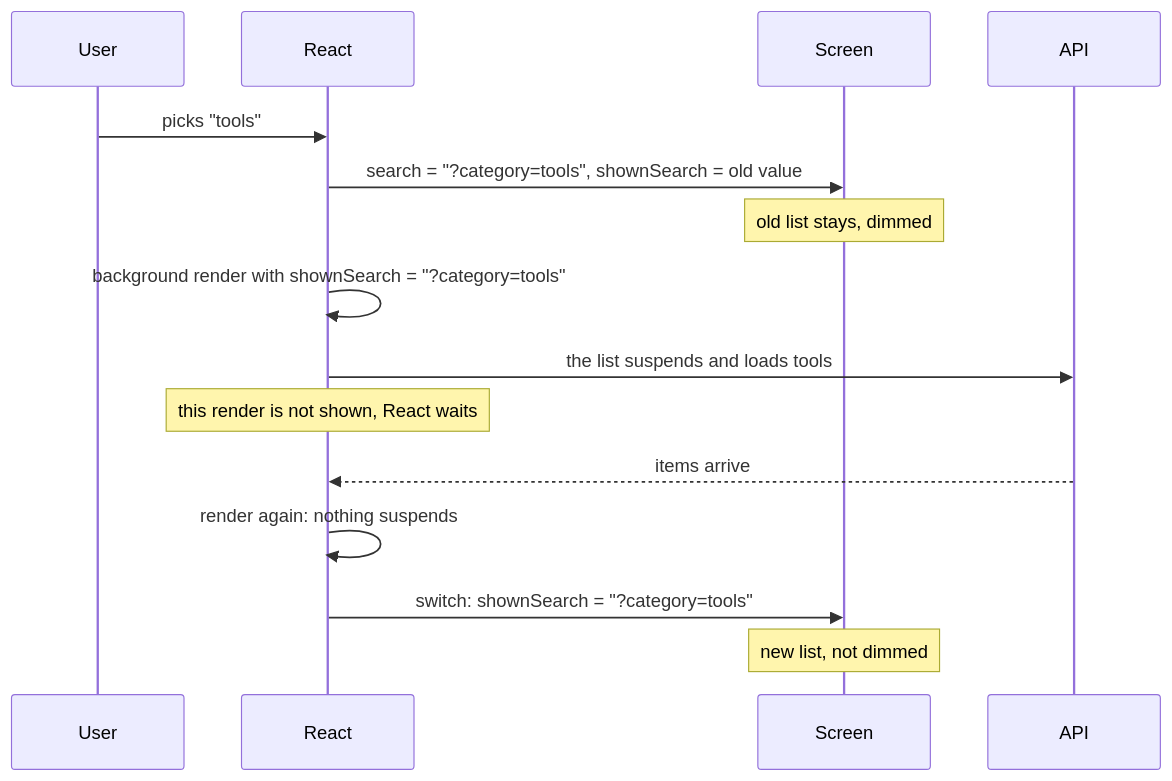
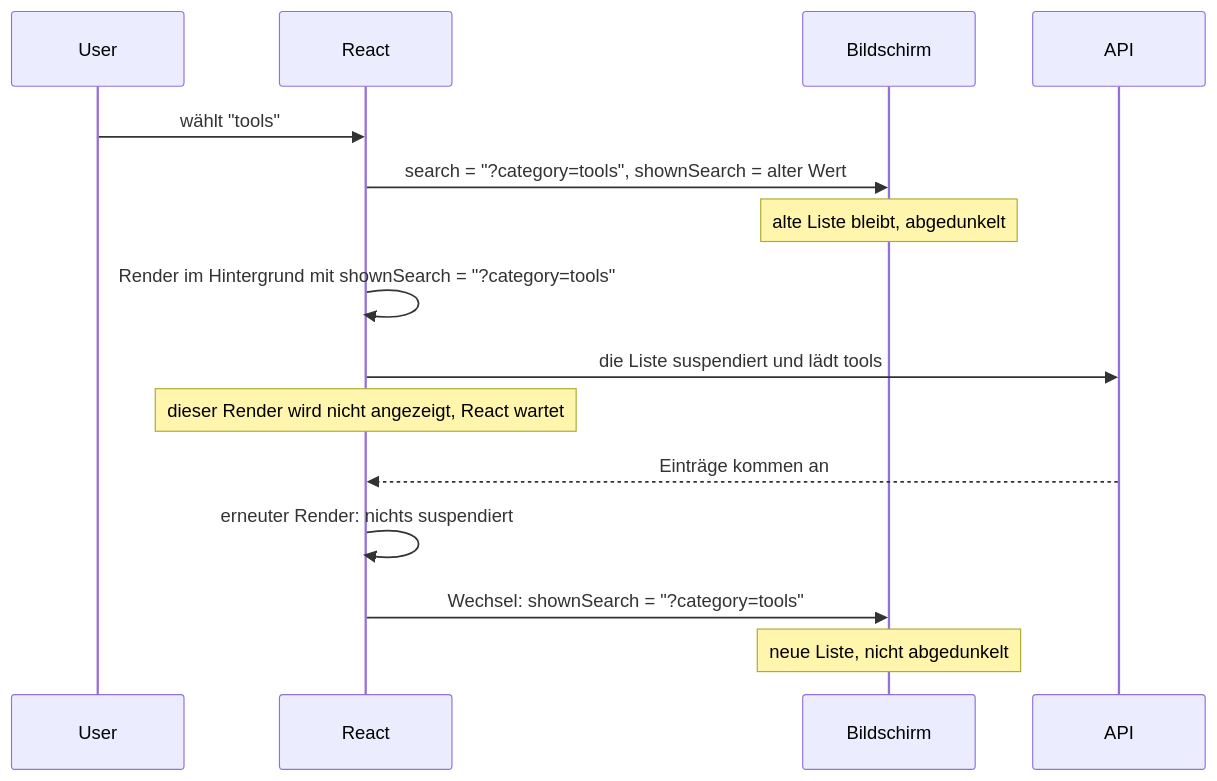
Before and after one commit to christiansany/cas-fee-26-frontend-challenges: the fourth of 6 diagrams in topics/lists-and-pagination/README.md, drawn with Mermaid. The commit also changed other lines of this file and 15 other files, not shown here.

First line of the commit message:
Rework GraphQL vs REST and translate the topics to German

````diff
--- a/topics/lists-and-pagination/README.md
+++ b/topics/lists-and-pagination/README.md
@@ -177,17 +181,17 @@
 ```mermaid
 sequenceDiagram
   participant U as User
   participant R as React
-  participant S as Screen
+  participant S as Bildschirm
   participant A as API
-  U->>R: picks "tools"
-  R->>S: search = "?category=tools", shownSearch = old value
-  Note over S: old list stays, dimmed
-  R->>R: background render with shownSearch = "?category=tools"
-  R->>A: the list suspends and loads tools
-  Note over R: this render is not shown, React waits
-  A-->>R: items arrive
-  R->>R: render again: nothing suspends
-  R->>S: switch: shownSearch = "?category=tools"
-  Note over S: new list, not dimmed
+  U->>R: wählt "tools"
+  R->>S: search = "?category=tools", shownSearch = alter Wert
+  Note over S: alte Liste bleibt, abgedunkelt
+  R->>R: Render im Hintergrund mit shownSearch = "?category=tools"
+  R->>A: die Liste suspendiert und lädt tools
+  Note over R: dieser Render wird nicht angezeigt, React wartet
+  A-->>R: Einträge kommen an
+  R->>R: erneuter Render: nichts suspendiert
+  R->>S: Wechsel: shownSearch = "?category=tools"
+  Note over S: neue Liste, nicht abgedunkelt
 ```
````
